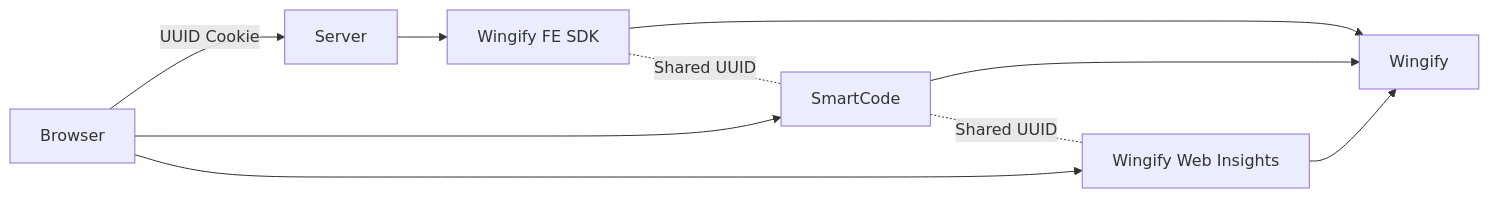
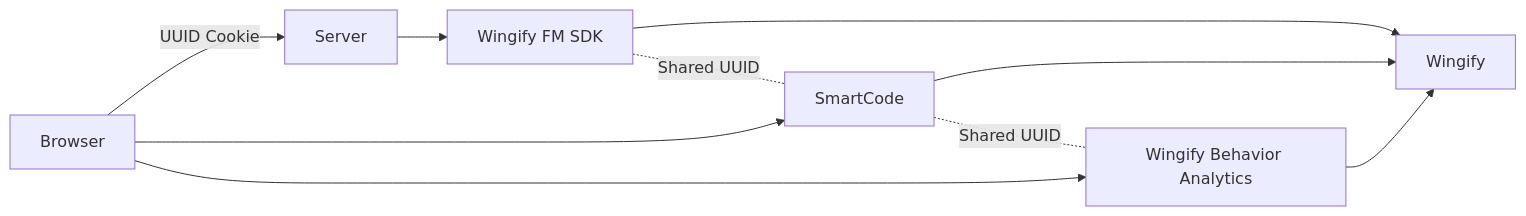
Before and after one commit to wingify/readme-central: the diagram in docs/Unified Experimentation/fme-unified-experimentation-integration-with-web-insights.md, drawn with Mermaid. The commit also changed other lines of this file and 192 other files, not shown here.

````diff
--- a/docs/Unified Experimentation/fme-unified-experimentation-integration-with-web-insights.md
+++ b/docs/Unified Experimentation/fme-unified-experimentation-integration-with-web-insights.md
@@ -65,16 +65,16 @@
 ```mermaid
 flowchart LR
     Browser -->|UUID Cookie| Server
-    Server --> FE_SDK[Wingify FE SDK]
-    FE_SDK --> Wingify
+    Server --> FM_SDK[Wingify FM SDK]
+    FM_SDK --> Wingify
 
     Browser --> SmartCode
     SmartCode --> Wingify
 
-    Browser --> WebInsights[Wingify Web Insights]
+    Browser --> WebInsights[Wingify Behavior Analytics]
     WebInsights --> Wingify
 
-    FE_SDK -. Shared UUID .- SmartCode
+    FM_SDK -. Shared UUID .- SmartCode
     SmartCode -. Shared UUID .- WebInsights
 
 ```
````
